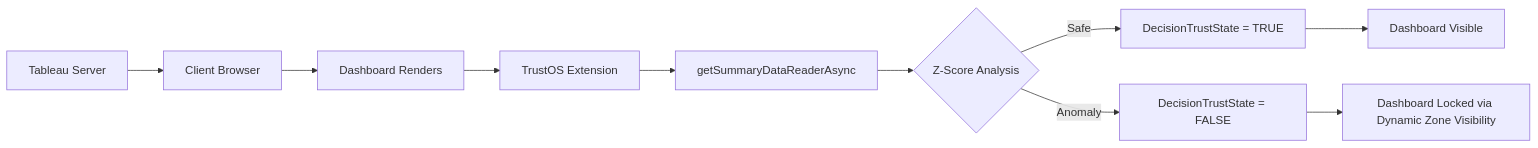
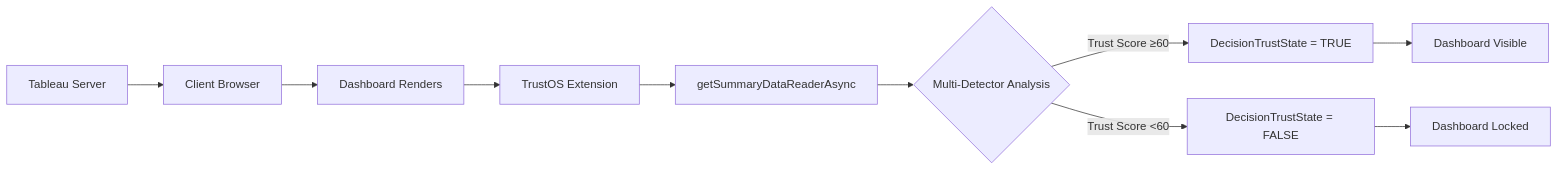
The diagram in README.md (t6harsh/TrustOS-Tableau), drawn with Mermaid before and after one commit. The commit also changed other lines of this file, not shown here.

````diff
--- a/README.md
+++ b/README.md
@@ -344,12 +347,12 @@
 ```mermaid
 flowchart LR
     A[Tableau Server] --> B[Client Browser]
     B --> C[Dashboard Renders]
     C --> D[TrustOS Extension]
     D --> E[getSummaryDataReaderAsync]
-    E --> F{Z-Score Analysis}
-    F -->|Safe| G[DecisionTrustState = TRUE]
-    F -->|Anomaly| H[DecisionTrustState = FALSE]
+    E --> F{Multi-Detector Analysis}
+    F -->|Trust Score ≥60| G[DecisionTrustState = TRUE]
+    F -->|Trust Score <60| H[DecisionTrustState = FALSE]
     G --> I[Dashboard Visible]
-    H --> J[Dashboard Locked via Dynamic Zone Visibility]
+    H --> J[Dashboard Locked]
 ```
````
